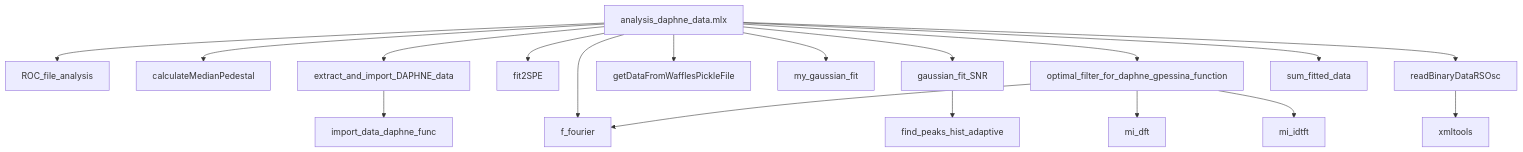
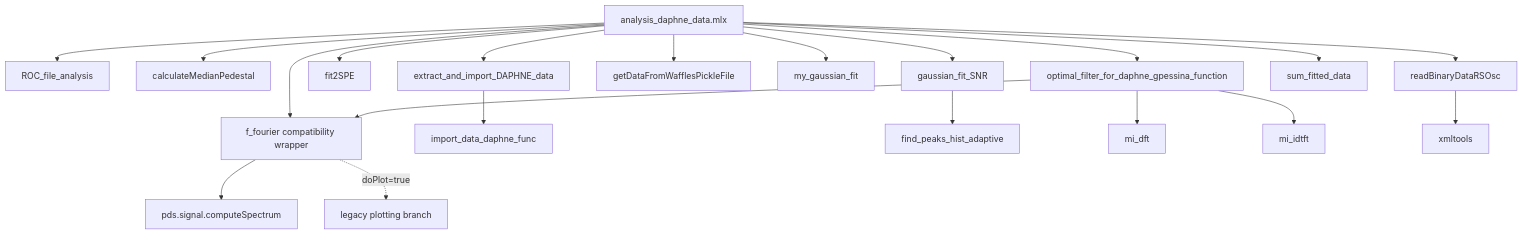
The diagram in docs/dependency-maps/analysis_daphne_data_dependencies.md (ecristal/PDS-MATLAB-analysis), drawn with Mermaid before and after one commit. The commit also changed other lines of this file and 19 other files, not shown here.

````diff
--- a/docs/dependency-maps/analysis_daphne_data_dependencies.md
+++ b/docs/dependency-maps/analysis_daphne_data_dependencies.md
@@ -20,23 +20,25 @@
 ```mermaid
 graph TD
     A[analysis_daphne_data.mlx]
 
     A --> ROC[ROC_file_analysis]
     A --> Ped[calculateMedianPedestal]
     A --> Extract[extract_and_import_DAPHNE_data]
-    A --> FF[f_fourier]
+    A --> FF[f_fourier compatibility wrapper]
     A --> SPE[fit2SPE]
     A --> GSNR[gaussian_fit_SNR]
     A --> Waffles[getDataFromWafflesPickleFile]
     A --> MGF[my_gaussian_fit]
     A --> Opt[optimal_filter_for_daphne_gpessina_function]
     A --> RSO[readBinaryDataRSOsc]
     A --> Sum[sum_fitted_data]
 
     Extract --> Import[import_data_daphne_func]
     GSNR --> Peaks[find_peaks_hist_adaptive]
     Opt --> DFT[mi_dft]
     Opt --> IDTFT[mi_idtft]
     Opt --> FF
+    FF --> Core[pds.signal.computeSpectrum]
+    FF -. doPlot=true .-> LegacyPlot[legacy plotting branch]
     RSO --> XML[xmltools]
 ```
````
